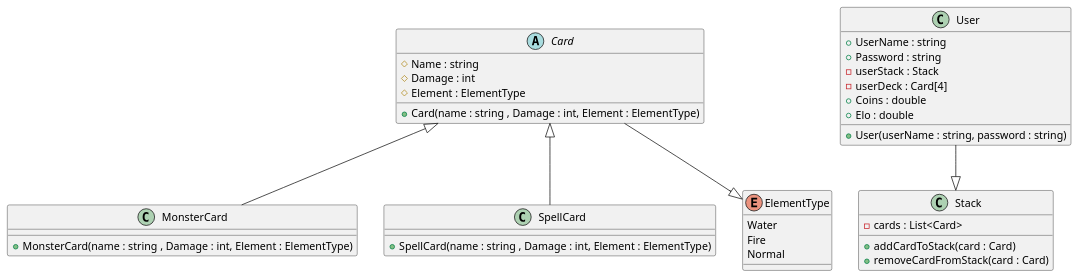
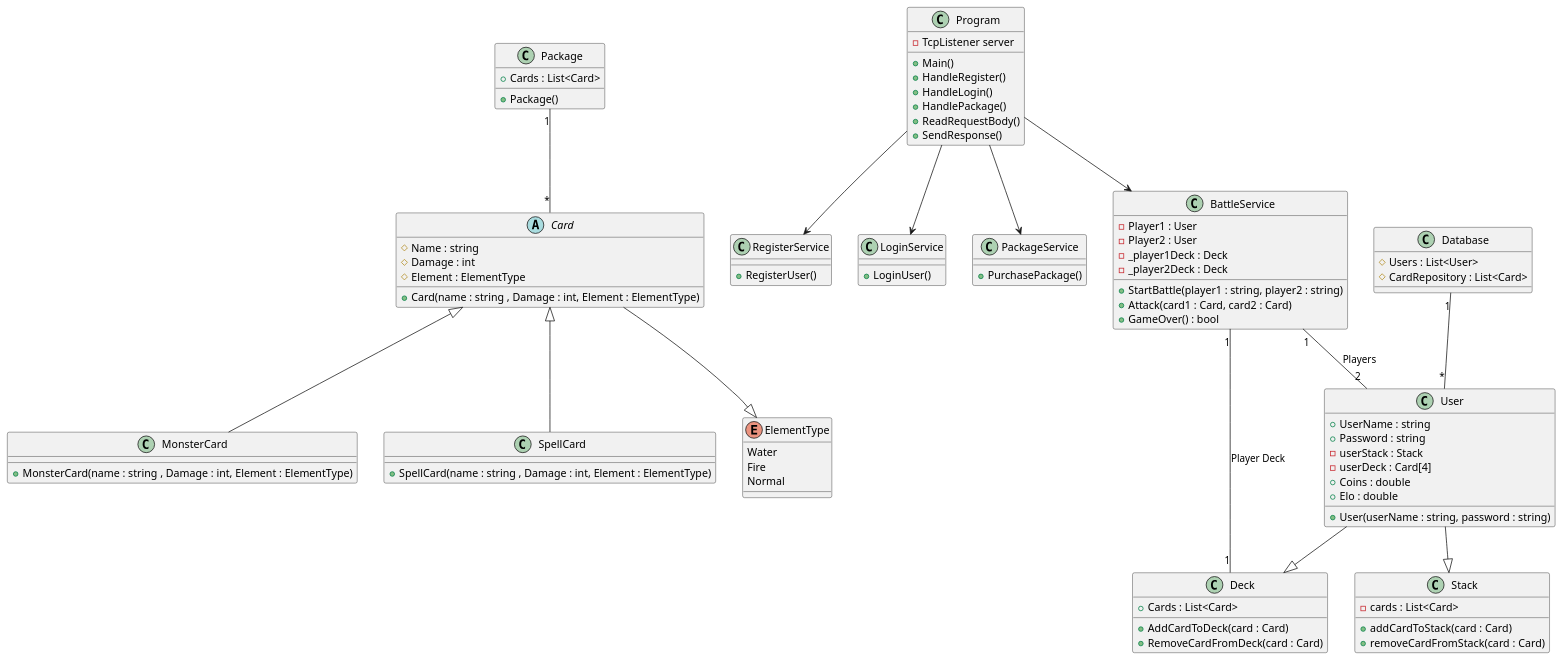
One commit to moaiadmhanna/MCTG changed the diagram in MCTG/MCTGDiagramm.puml. Above: the diagram before and after it, drawn with PlantUML. The commit also changed 5 other files, not shown here.

Commit message:
Classdiagramm  and curl script are updated

```diff
--- a/MCTG/MCTGDiagramm.puml
+++ b/MCTG/MCTGDiagramm.puml
@@ -1,50 +1,116 @@
 @startuml
 'https://plantuml.com/class-diagram
-
 abstract class Card
 {
     # Name : string
     # Damage : int
     # Element : ElementType
     + Card(name : string , Damage : int, Element : ElementType)
 }
 
 class MonsterCard
 {
     + MonsterCard(name : string , Damage : int, Element : ElementType)
 }
 
 class SpellCard
 {
     + SpellCard(name : string , Damage : int, Element : ElementType)
 }
+
 class User
 {
     + UserName : string
     + Password : string
     - userStack : Stack
     - userDeck : Card[4]
     + Coins : double
     + Elo : double
     + User(userName : string, password : string)
-    
 }
+
 class Stack
 {
     - cards : List<Card>
     + addCardToStack(card : Card)
     + removeCardFromStack(card : Card)
 }
+
 enum ElementType
 {
     Water
     Fire
     Normal
 }
 
+class Database
+{
+    #Users : List<User>
+    #CardRepository : List<Card>
+}
+
+class Deck
+{
+    + Cards : List<Card>
+    + AddCardToDeck(card : Card)
+    + RemoveCardFromDeck(card : Card)
+}
+
+class Package
+{
+    + Cards : List<Card>
+    + Package()
+}
+
+class Program
+{
+    - TcpListener server
+    + Main()
+    + HandleRegister()
+    + HandleLogin()
+    + HandlePackage()
+    + ReadRequestBody()
+    + SendResponse()
+}
+
+class RegisterService
+{
+    + RegisterUser()
+}
+
+class LoginService
+{
+    + LoginUser()
+}
+
+class PackageService
+{
+    + PurchasePackage()
+}
+
+class BattleService
+{
+    - Player1 : User
+    - Player2 : User
+    - _player1Deck : Deck
+    - _player2Deck : Deck
+    + StartBattle(player1 : string, player2 : string)
+    + Attack(card1 : Card, card2 : Card)
+    + GameOver() : bool
+}
+
 Card <|-- MonsterCard
 Card <|-- SpellCard
 User --|> Stack
+User --|> Deck
 Card --|> ElementType
+Database "1" -- "*" User
+Package "1" -- "*" Card
+BattleService "1" -- "2" User : "Players"
+BattleService "1" -- "1" Deck : "Player Deck"
+Program --> RegisterService
+Program --> LoginService
+Program --> PackageService
+Program --> BattleService
 
 @enduml
```
